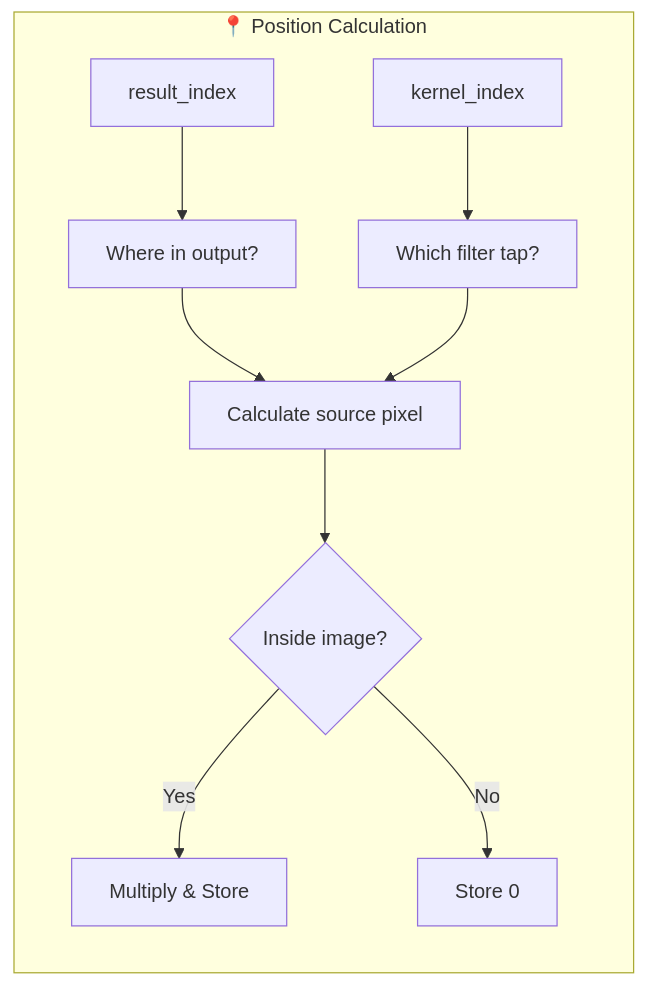
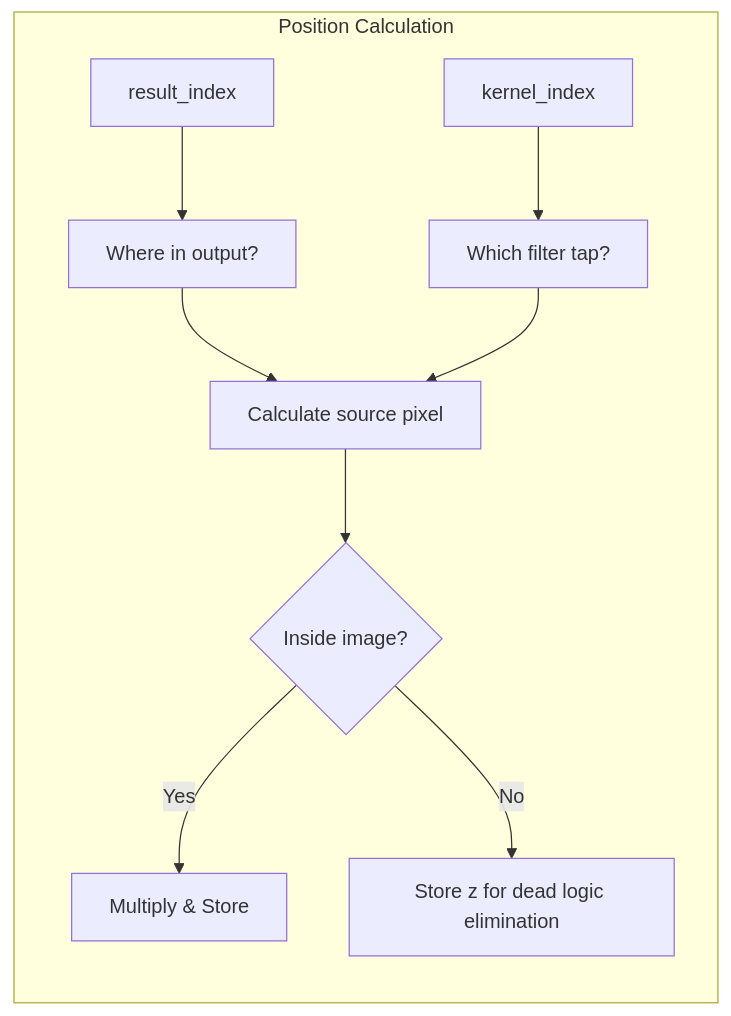
The third of 12 diagrams in src/tensor/README.md (jalcim/logilib), drawn with Mermaid before and after one commit. The commit also changed other lines of this file and 1 other file, not shown here.

Commit message:
mermaid again

````diff
--- a/src/tensor/README.md
+++ b/src/tensor/README.md
@@ -46,13 +46,13 @@
 ```mermaid
 graph LR
-    subgraph "📍 Position Calculation"
+    subgraph "Position Calculation"
         A[result_index] --> B[Where in output?]
         C[kernel_index] --> D[Which filter tap?]
         B --> E[Calculate source pixel]
         D --> E
         E --> F{Inside image?}
         F -->|Yes| G[Multiply & Store]
-        F -->|No| H[Store 0]
+        F -->|No| H[Store z for dead logic elimination]
     end
 
 ```
````
